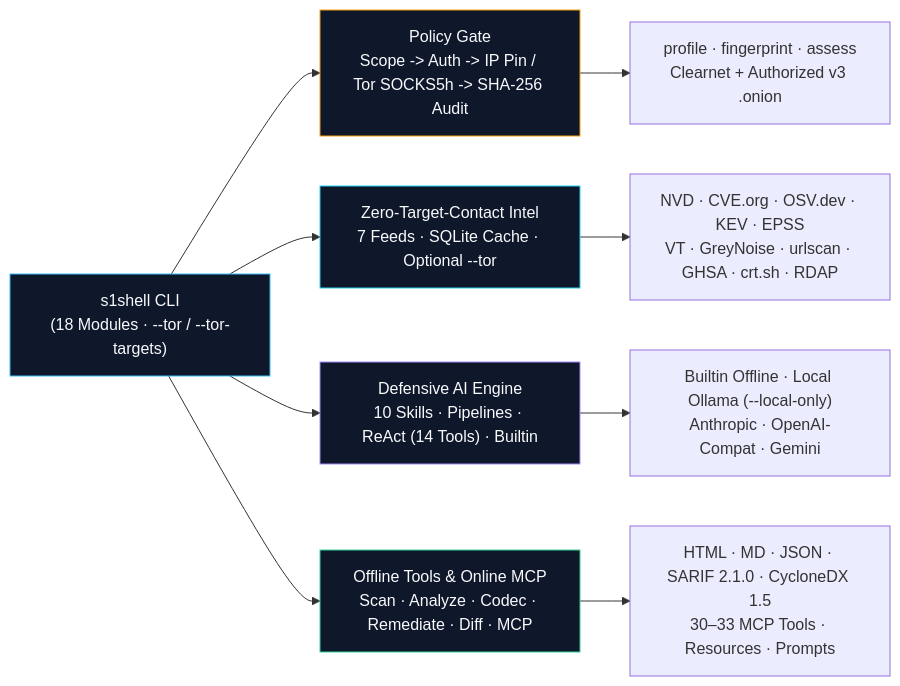
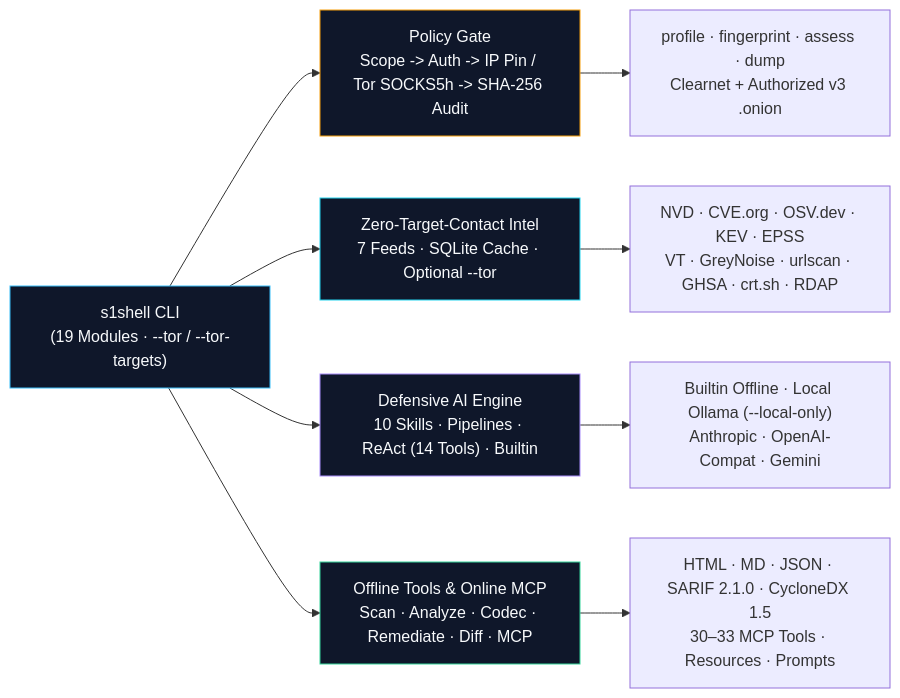
Before and after one commit to willygailo/ProjectPY: the first of 2 diagrams in README.md, drawn with Mermaid. The commit also changed other lines of this file and 18 other files, not shown here.

Commit message:
feat: add authorized target evidence dumper and surface artifact exporter module

````diff
--- a/README.md
+++ b/README.md
@@ -40,18 +40,18 @@
 ```mermaid
 flowchart LR
-    CLI["s1shell CLI\n(18 Modules · --tor / --tor-targets)"] --> GATE["Policy Gate\nScope -> Auth -> IP Pin / Tor SOCKS5h -> SHA-256 Audit"]
+    CLI["s1shell CLI\n(19 Modules · --tor / --tor-targets)"] --> GATE["Policy Gate\nScope -> Auth -> IP Pin / Tor SOCKS5h -> SHA-256 Audit"]
     CLI --> INTEL["Zero-Target-Contact Intel\n7 Feeds · SQLite Cache · Optional --tor"]
     CLI --> AI["Defensive AI Engine\n10 Skills · Pipelines · ReAct (14 Tools) · Builtin"]
     CLI --> OFFLINE["Offline Tools & Online MCP\nScan · Analyze · Codec · Remediate · Diff · MCP"]
 
-    GATE --> TARGET["profile · fingerprint · assess\nClearnet + Authorized v3 .onion"]
+    GATE --> TARGET["profile · fingerprint · assess · dump\nClearnet + Authorized v3 .onion"]
     INTEL --> FEEDS["NVD · CVE.org · OSV.dev · KEV · EPSS\nVT · GreyNoise · urlscan · GHSA · crt.sh · RDAP"]
     AI --> MODELS["Builtin Offline · Local Ollama (--local-only)\nAnthropic · OpenAI-Compat · Gemini"]
     OFFLINE --> OUT["HTML · MD · JSON · SARIF 2.1.0 · CycloneDX 1.5\n30–33 MCP Tools · Resources · Prompts"]
 
     style CLI fill:#0f172a,stroke:#38bdf8,color:#f8fafc
     style GATE fill:#0f172a,stroke:#f59e0b,color:#f8fafc
     style INTEL fill:#0f172a,stroke:#22d3ee,color:#f8fafc
     style AI fill:#0f172a,stroke:#a78bfa,color:#f8fafc
     style OFFLINE fill:#0f172a,stroke:#34d399,color:#f8fafc
 ```
````
